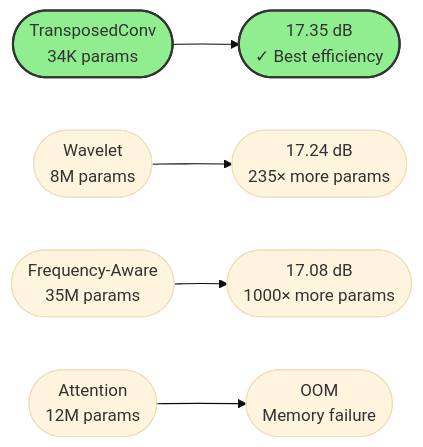
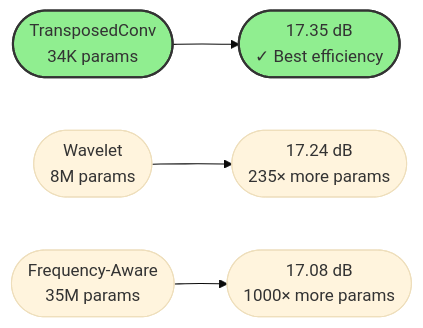
One commit to DanicaBlazanovic/CAP6415_F25_project_Input_Image_Reconstruction_from_Features changed the seventh of 14 diagrams in EXPERIMENTAL_RESULTS_DISCUSSION.md. Above: the diagram before and after it, drawn with Mermaid (base theme). The commit also changed other lines of this file, not shown here.

````diff
--- a/EXPERIMENTAL_RESULTS_DISCUSSION.md
+++ b/EXPERIMENTAL_RESULTS_DISCUSSION.md
@@ -313,10 +484,9 @@
 ```mermaid
 graph LR
     A([TransposedConv<br/>34K params]) --> E([17.35 dB<br/>✓ Best efficiency])
     B([Wavelet<br/>8M params]) --> F([17.24 dB<br/>235× more params])
     C([Frequency-Aware<br/>35M params]) --> G([17.08 dB<br/>1000× more params])
-    D([Attention<br/>12M params]) --> H([OOM<br/>Memory failure])
     
     style A fill:#90EE90,stroke:#333,stroke-width:2px
     style E fill:#90EE90,stroke:#333,stroke-width:2px
 ```
````
